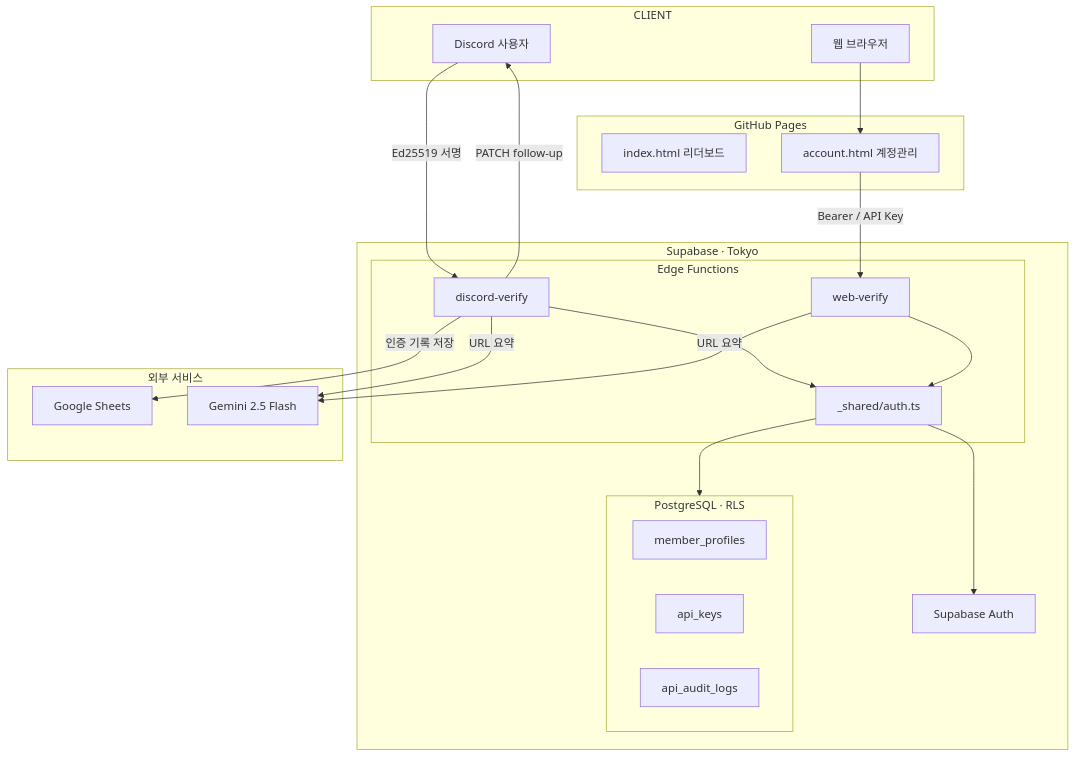
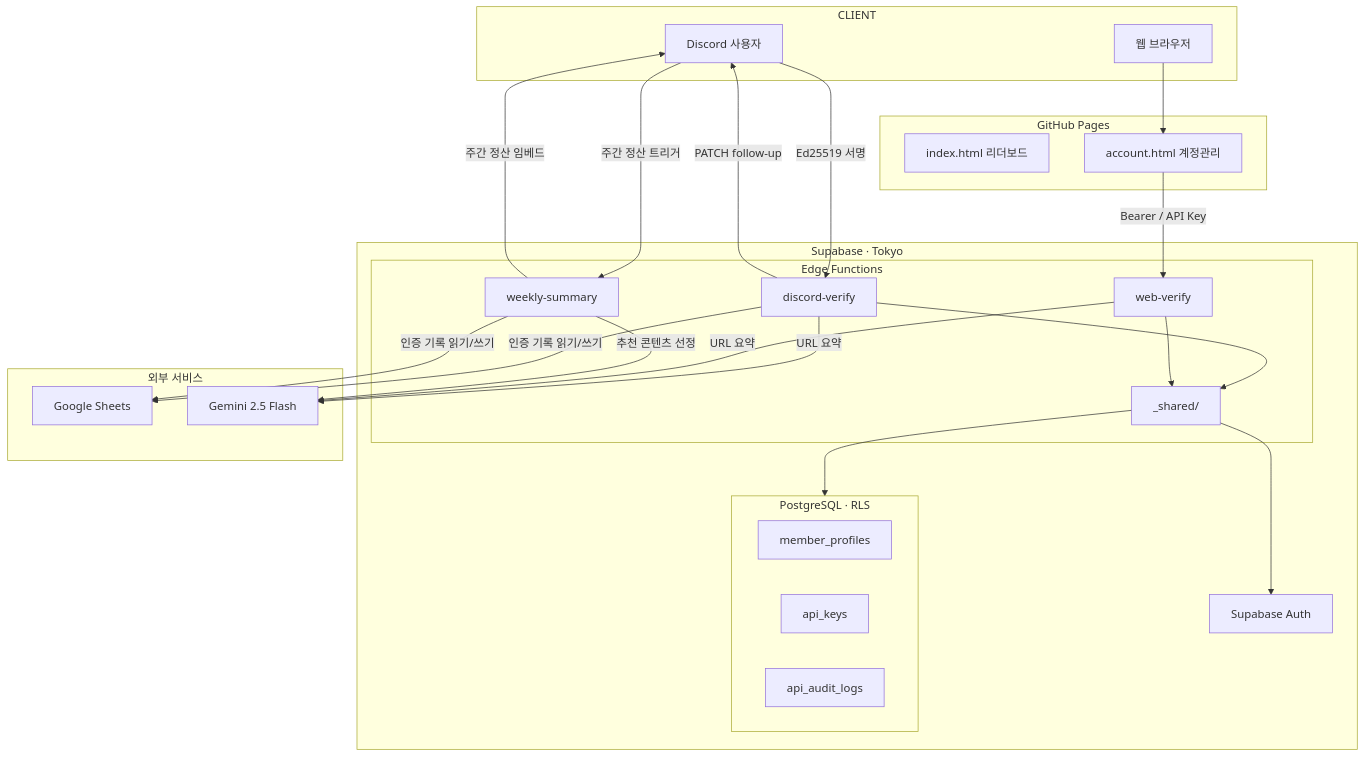
The diagram in README.md (ggplab/content_designer_challenge), drawn with Mermaid before and after one commit. The commit also changed other lines of this file and 2 other files, not shown here.

````diff
--- a/README.md
+++ b/README.md
@@ -11,35 +11,39 @@
 ```mermaid
 graph TD
     subgraph CLIENT
         DISCORD[Discord 사용자]
         BROWSER[웹 브라우저]
     end
     subgraph PAGES[GitHub Pages]
         INDEX[index.html 리더보드]
         ACCOUNT[account.html 계정관리]
     end
     subgraph SUPABASE[Supabase · Tokyo]
         subgraph EDGE[Edge Functions]
             DV[discord-verify]
+            WS[weekly-summary]
             WV[web-verify]
-            SHARED[_shared/auth.ts]
+            SHARED[_shared/]
         end
         subgraph DB[PostgreSQL · RLS]
             MP[member_profiles]
             AK[api_keys]
             AL[api_audit_logs]
         end
         AUTH[Supabase Auth]
     end
     subgraph EXTERNAL[외부 서비스]
         GS[Google Sheets]
         GM[Gemini 2.5 Flash]
     end
 
     DISCORD -->|Ed25519 서명| DV
+    DISCORD -->|주간 정산 트리거| WS
     BROWSER --> ACCOUNT -->|Bearer / API Key| WV
     DV & WV --> SHARED --> DB & AUTH
-    DV -->|인증 기록 저장| GS
+    DV & WS -->|인증 기록 읽기/쓰기| GS
     DV & WV -->|URL 요약| GM
+    WS -->|추천 콘텐츠 선정| GM
     DV -->|PATCH follow-up| DISCORD
+    WS -->|주간 정산 임베드| DISCORD
 ```
````
